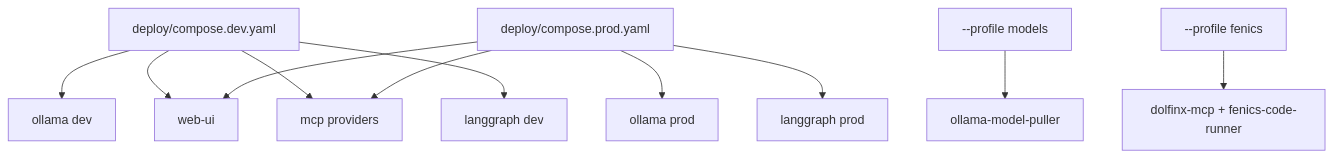
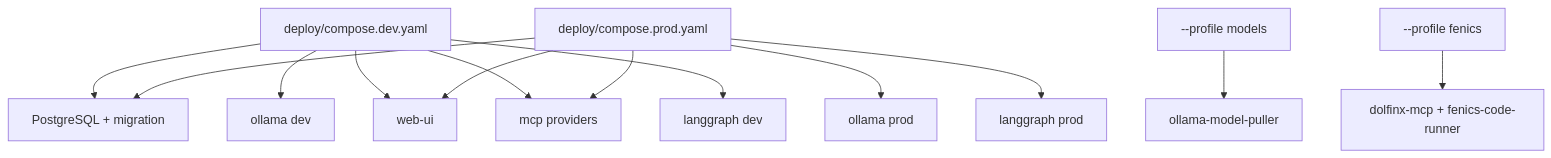
The tenth of 10 diagrams in docs/architecture.md (RadmirG/AES), drawn with Mermaid before and after one commit. The commit also changed other lines of this file and 32 other files, not shown here.

````diff
--- a/docs/architecture.md
+++ b/docs/architecture.md
@@ -216,15 +270,17 @@
 ```mermaid
 flowchart TD
-    A["deploy/compose.dev.yaml"] --> B["ollama dev"]
+    A["deploy/compose.dev.yaml"] --> DB["PostgreSQL + migration"]
+    A --> B["ollama dev"]
     A --> C["web-ui"]
     A --> D["mcp providers"]
     A --> E["langgraph dev"]
 
-    F["deploy/compose.prod.yaml"] --> G["ollama prod"]
+    F["deploy/compose.prod.yaml"] --> DB
+    F --> G["ollama prod"]
     F --> C
     F --> D
     F --> H["langgraph prod"]
 
     I["--profile models"] --> J["ollama-model-puller"]
     K["--profile fenics"] --> L["dolfinx-mcp + fenics-code-runner"]
 ```
````
